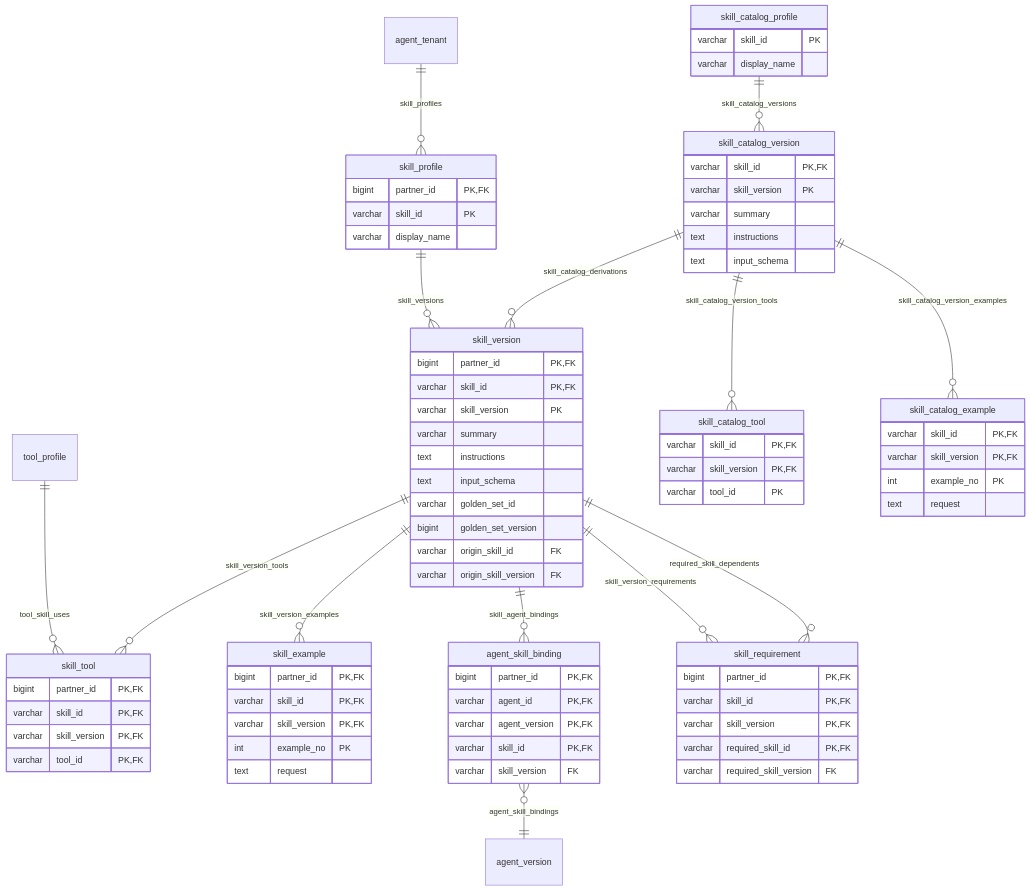
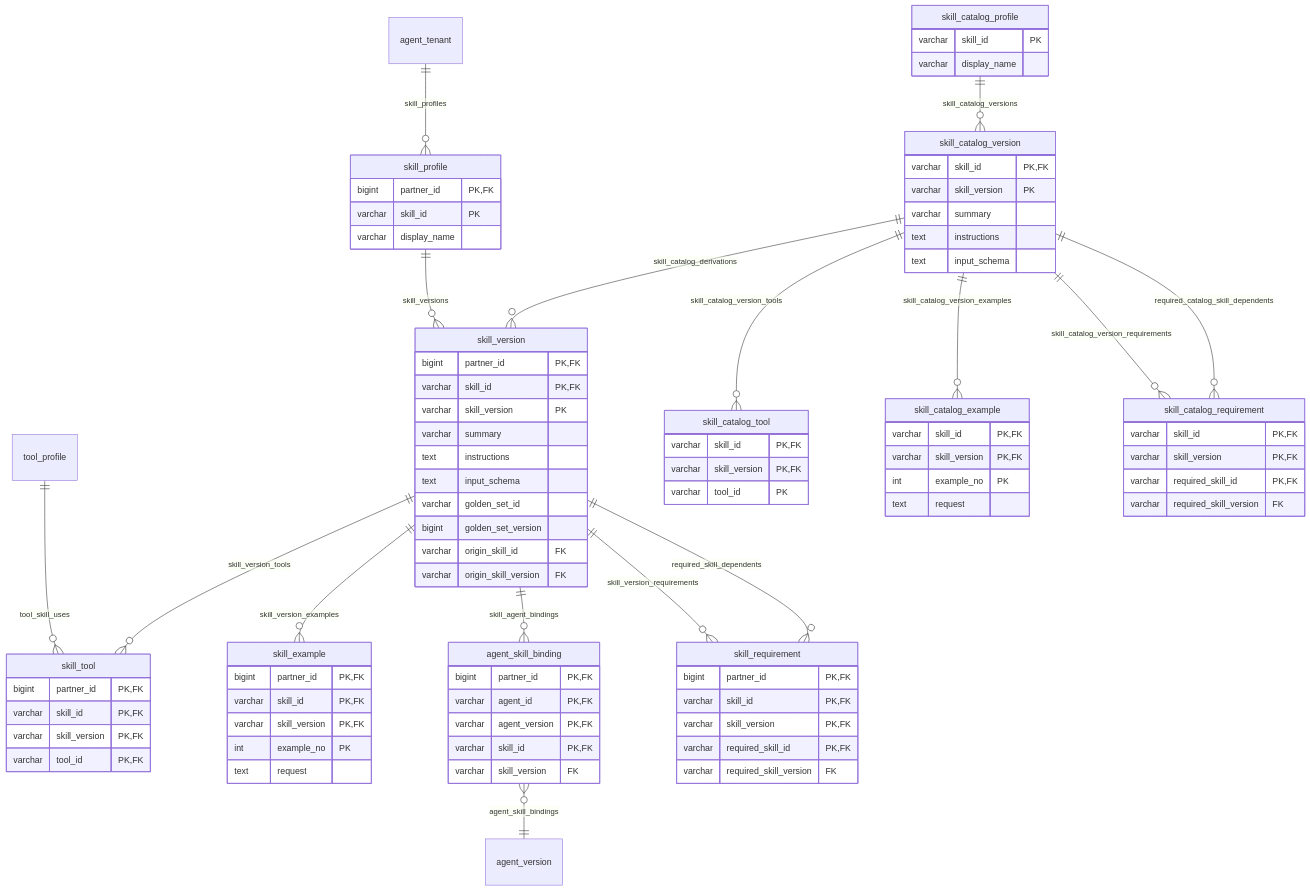
One commit to nauticana/scout changed the fifth of 24 diagrams in doc/database.md. Above: the diagram before and after it, drawn with Mermaid. The commit also changed other lines of this file and 84 other files, not shown here.

Commit message:
retrieval usage settled by the turn, catalog skill requirements, organization-unit scopes, assignment pins, evaluation control arm

```diff
--- a/doc/database.md
+++ b/doc/database.md
@@ -782,6 +787,8 @@
     skill_catalog_profile ||--o{ skill_catalog_version : skill_catalog_versions
     skill_catalog_version ||--o{ skill_catalog_tool : skill_catalog_version_tools
     skill_catalog_version ||--o{ skill_catalog_example : skill_catalog_version_examples
+    skill_catalog_version ||--o{ skill_catalog_requirement : skill_catalog_version_requirements
+    skill_catalog_version ||--o{ skill_catalog_requirement : required_catalog_skill_dependents
     skill_catalog_version ||--o{ skill_version : skill_catalog_derivations
 
     skill_profile {
@@ -830,6 +837,12 @@
         int example_no PK
         text request
     }
+    skill_catalog_requirement {
+        varchar skill_id PK,FK
+        varchar skill_version PK,FK
+        varchar required_skill_id PK,FK
+        varchar required_skill_version FK
+    }
     skill_tool {
         bigint partner_id PK,FK
         varchar skill_id PK,FK
```
